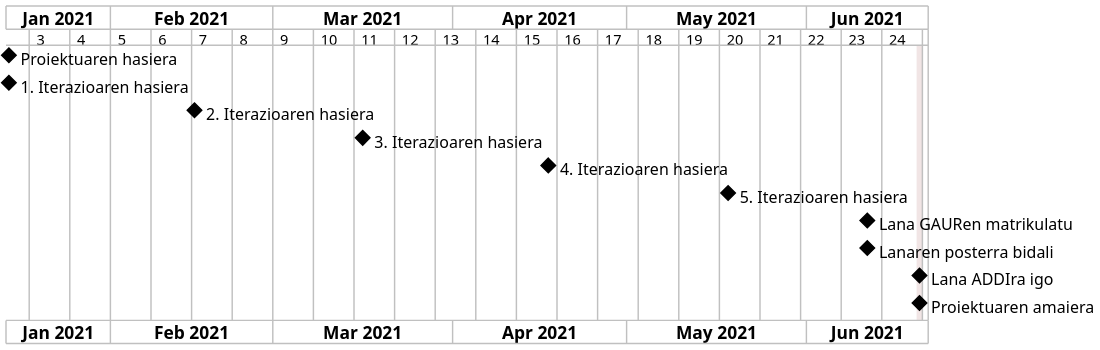
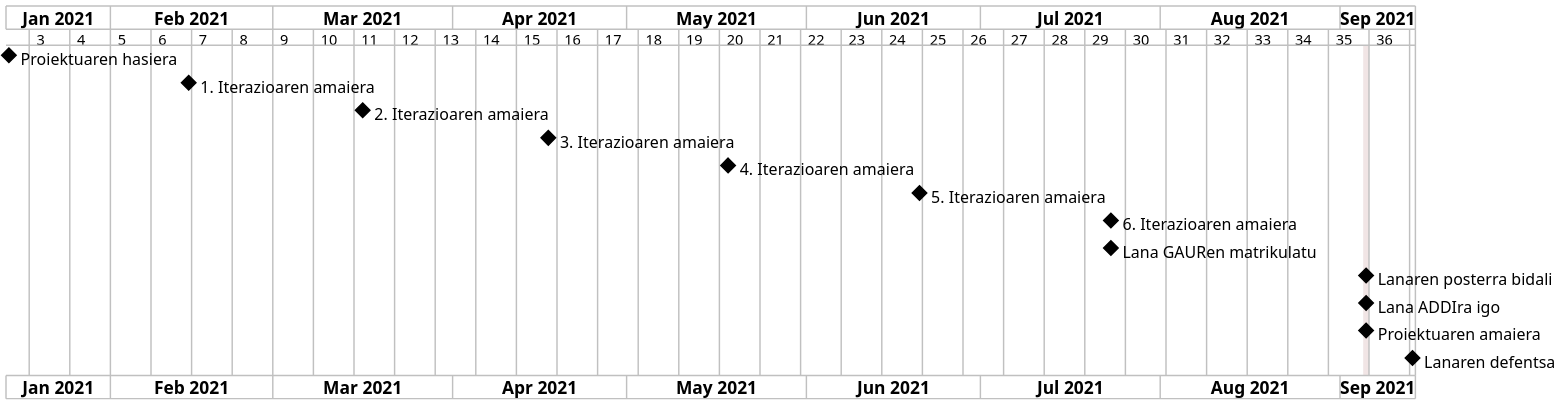
Before and after one commit to juletx/ProMeta: the diagram in Proiektua/Memoriaren Eranskinak/A3 - Tamaina eta Esfortzu Estimazioa/Milestones.puml, drawn with PlantUML. The commit also changed 3 other files, not shown here.

```diff
--- a/Proiektua/Memoriaren Eranskinak/A3 - Tamaina eta Esfortzu Estimazioa/Milestones.puml
+++ b/Proiektua/Memoriaren Eranskinak/A3 - Tamaina eta Esfortzu Estimazioa/Milestones.puml
@@ -1,18 +1,20 @@
 @startgantt Milestones
 scale 5/2
 printscale weekly
 
 project starts the 2021/01/14
-2021/06/20 is closed
+2021/09/05 is closed
 
 [Proiektuaren hasiera] happens 2021/01/14
-[1. Iterazioaren hasiera] happens 2021/01/14
-[2. Iterazioaren hasiera] happens 2021/02/15
-[3. Iterazioaren hasiera] happens 2021/03/16
-[4. Iterazioaren hasiera] happens 2021/04/17
-[5. Iterazioaren hasiera] happens 2021/05/18
-[Lana GAURen matrikulatu] happens 2021/06/11
-[Lanaren posterra bidali] happens 2021/06/11
-[Lana ADDIra igo] happens 2021/06/20
-[Proiektuaren amaiera] happens 2021/06/20
+[1. Iterazioaren amaiera] happens 2021/02/14
+[2. Iterazioaren amaiera] happens 2021/03/16
+[3. Iterazioaren amaiera] happens 2021/04/17
+[4. Iterazioaren amaiera] happens 2021/05/18
+[5. Iterazioaren amaiera] happens 2021/06/20
+[6. Iterazioaren amaiera] happens 2021/07/23
+[Lana GAURen matrikulatu] happens 2021/07/23
+[Lanaren posterra bidali] happens 2021/09/05
+[Lana ADDIra igo] happens 2021/09/05
+[Proiektuaren amaiera] happens 2021/09/05
+[Lanaren defentsa] happens 2021/09/13
 @endgantt
```
